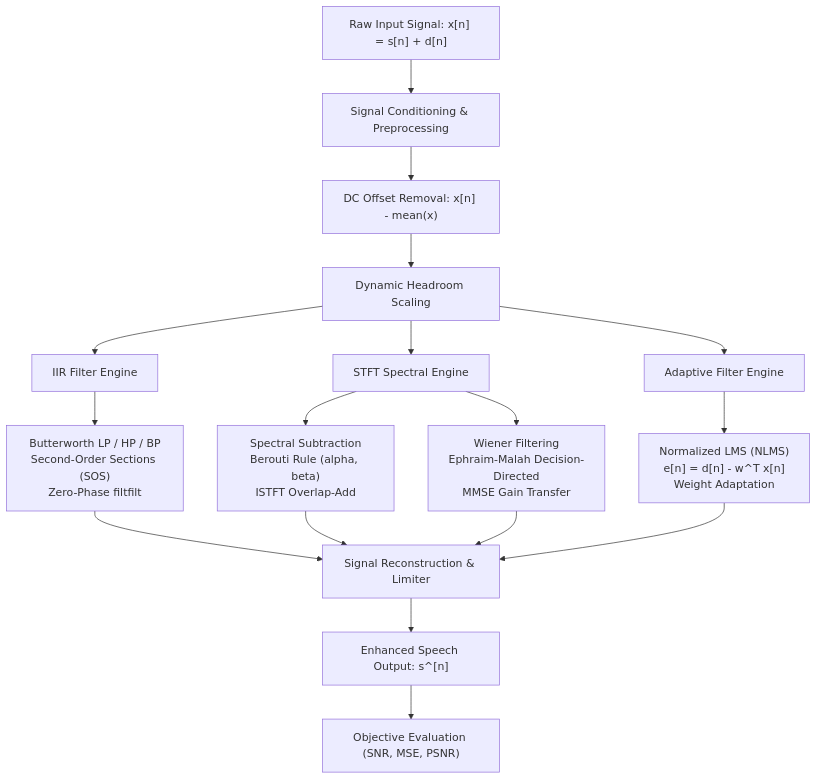
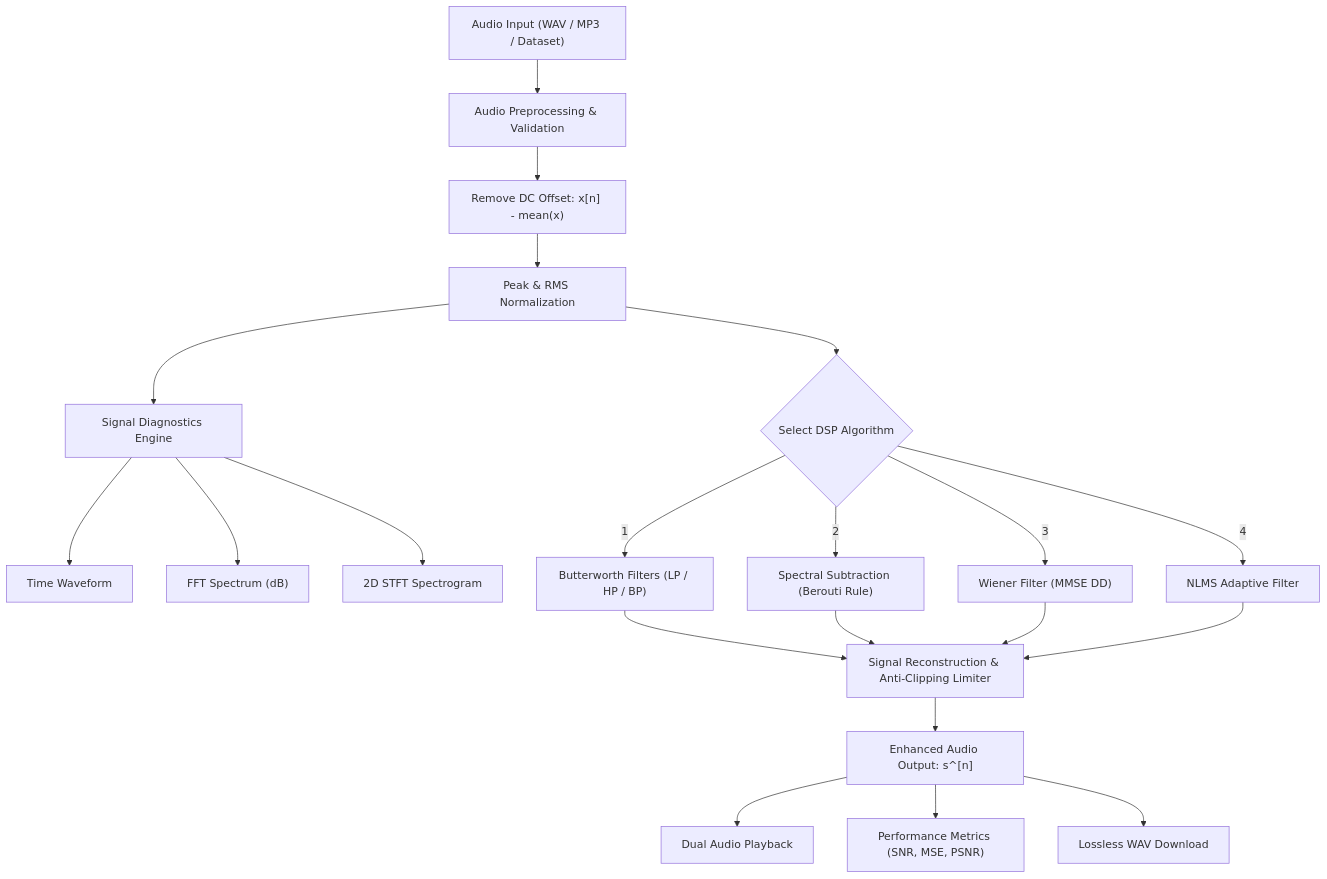
The diagram in PROJECT_REPORT.md (chavitisaileela/Audio-Noise-Reduction-DSP), drawn with Mermaid before and after one commit. The commit also changed other lines of this file, not shown here.

````diff
--- a/PROJECT_REPORT.md
+++ b/PROJECT_REPORT.md
@@ -49,23 +270,27 @@
 ```mermaid
-flowchart TD
-    A["Raw Input Signal: x[n] = s[n] + d[n]"] --> B["Signal Conditioning & Preprocessing"]
-    B --> C["DC Offset Removal: x[n] - mean(x)"]
-    C --> D["Dynamic Headroom Scaling"]
+graph TD
+    A["Audio Input (WAV / MP3 / Dataset)"] --> B["Audio Preprocessing & Validation"]
+    B --> C["Remove DC Offset: x[n] - mean(x)"]
+    C --> D["Peak & RMS Normalization"]
     
-    D --> E1["IIR Filter Engine"]
-    D --> E2["STFT Spectral Engine"]
-    D --> E3["Adaptive Filter Engine"]
+    D --> E["Signal Diagnostics Engine"]
+    E --> E1["Time Waveform"]
+    E --> E2["FFT Spectrum (dB)"]
+    E --> E3["2D STFT Spectrogram"]
     
-    E1 --> F1["Butterworth LP / HP / BP<br/>Second-Order Sections (SOS)<br/>Zero-Phase filtfilt"]
-    E2 --> F2["Spectral Subtraction<br/>Berouti Rule (alpha, beta)<br/>ISTFT Overlap-Add"]
-    E2 --> F3["Wiener Filtering<br/>Ephraim-Malah Decision-Directed<br/>MMSE Gain Transfer"]
-    E3 --> F4["Normalized LMS (NLMS)<br/>e[n] = d[n] - w^T x[n]<br/>Weight Adaptation"]
+    D --> F{"Select DSP Algorithm"}
+    F -->|1| G1["Butterworth Filters (LP / HP / BP)"]
+    F -->|2| G2["Spectral Subtraction (Berouti Rule)"]
+    F -->|3| G3["Wiener Filter (MMSE DD)"]
+    F -->|4| G4["NLMS Adaptive Filter"]
     
-    F1 --> G["Signal Reconstruction & Limiter"]
-    F2 --> G
-    F3 --> G
-    F4 --> G
+    G1 --> H["Signal Reconstruction & Anti-Clipping Limiter"]
+    G2 --> H
+    G3 --> H
+    G4 --> H
     
-    G --> H["Enhanced Speech Output: s^[n]"]
-    H --> I["Objective Evaluation (SNR, MSE, PSNR)"]
+    H --> I["Enhanced Audio Output: s^[n]"]
+    I --> J1["Dual Audio Playback"]
+    I --> J2["Performance Metrics (SNR, MSE, PSNR)"]
+    I --> J3["Lossless WAV Download"]
 ```
````
